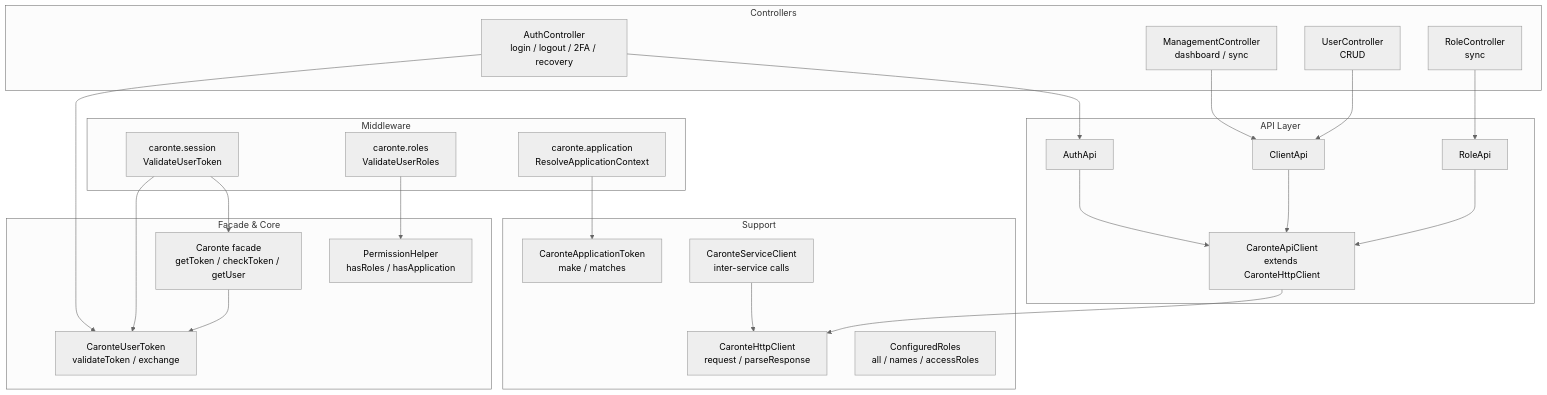
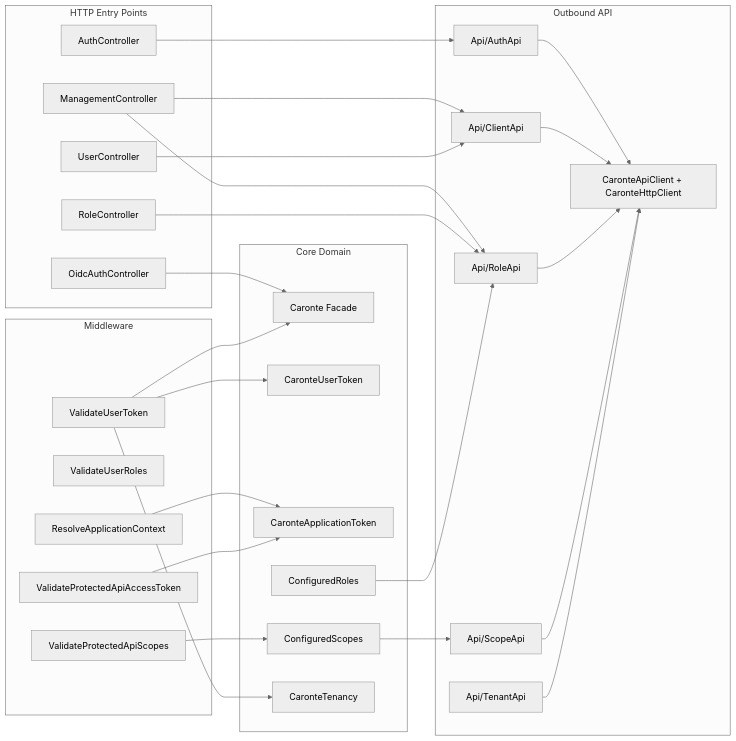
Before and after one commit to Ometra-Core/mx.ometra.caronte-sdk: the third of 3 diagrams in doc/architecture-diagrams.md, drawn with Mermaid (neutral theme). The commit also changed other lines of this file and 32 other files, not shown here.

First line of the commit message:
Extract middleware resolvers; update docs & roles

````diff
--- a/doc/architecture-diagrams.md
+++ b/doc/architecture-diagrams.md
@@ -45,51 +49,59 @@
 ```mermaid
-graph TD
-    subgraph Middleware
-        A[caronte.session<br/>ValidateUserToken]
-        B[caronte.roles<br/>ValidateUserRoles]
-        C[caronte.application<br/>ResolveApplicationContext]
-    end
+flowchart LR
+  subgraph EntryPoints[HTTP Entry Points]
+    AuthCtrl[AuthController]
+    OidcCtrl[OidcAuthController]
+    MgmtCtrl[ManagementController]
+    RoleCtrl[RoleController]
+    UserCtrl[UserController]
+  end
 
-    subgraph Controllers
-        D[AuthController<br/>login / logout / 2FA / recovery]
-        E[ManagementController<br/>dashboard / sync]
-        F[UserController<br/>CRUD]
-        G[RoleController<br/>sync]
-    end
+  subgraph Middleware[Middleware]
+    SessionMW[ValidateUserToken]
+    RolesMW[ValidateUserRoles]
+    AppCtxMW[ResolveApplicationContext]
+    PTokenMW[ValidateProtectedApiAccessToken]
+    PScopeMW[ValidateProtectedApiScopes]
+  end
 
-    subgraph Facade & Core
-        H[Caronte facade<br/>getToken / checkToken / getUser]
-        I[CaronteUserToken<br/>validateToken / exchange]
-        J[PermissionHelper<br/>hasRoles / hasApplication]
-    end
+  subgraph Domain[Core Domain]
+    Facade[Caronte Facade]
+    UserToken[CaronteUserToken]
+    AppToken[CaronteApplicationToken]
+    ScopeCfg[ConfiguredScopes]
+    RoleCfg[ConfiguredRoles]
+    Tenancy[CaronteTenancy]
+  end
 
-    subgraph API Layer
-        K[AuthApi]
-        L[ClientApi]
-        M[RoleApi]
-        N[CaronteApiClient<br/>extends CaronteHttpClient]
-    end
+  subgraph Integration[Outbound API]
+    AuthApi[Api/AuthApi]
+    ClientApi[Api/ClientApi]
+    RoleApi[Api/RoleApi]
+    ScopeApi[Api/ScopeApi]
+    TenantApi[Api/TenantApi]
+    HttpClient[CaronteApiClient + CaronteHttpClient]
+  end
 
-    subgraph Support
-        O[CaronteApplicationToken<br/>make / matches]
-        P[CaronteHttpClient<br/>request / parseResponse]
-        Q[ConfiguredRoles<br/>all / names / accessRoles]
-        R[CaronteServiceClient<br/>inter-service calls]
-    end
+  AuthCtrl --> AuthApi
+  OidcCtrl --> Facade
+  MgmtCtrl --> ClientApi
+  MgmtCtrl --> RoleApi
+  RoleCtrl --> RoleApi
+  UserCtrl --> ClientApi
 
-    A --> H
-    A --> I
-    B --> J
-    C --> O
-    D --> K
-    D --> I
-    E --> L
-    F --> L
-    G --> M
-    K --> N
-    L --> N
-    M --> N
-    N --> P
-    R --> P
-    H --> I
+  SessionMW --> Facade
+  SessionMW --> UserToken
+  SessionMW --> Tenancy
+  AppCtxMW --> AppToken
+  PTokenMW --> AppToken
+  PScopeMW --> ScopeCfg
+
+  AuthApi --> HttpClient
+  ClientApi --> HttpClient
+  RoleApi --> HttpClient
+  ScopeApi --> HttpClient
+  TenantApi --> HttpClient
+
+  RoleCfg --> RoleApi
+  ScopeCfg --> ScopeApi
 ```
````
